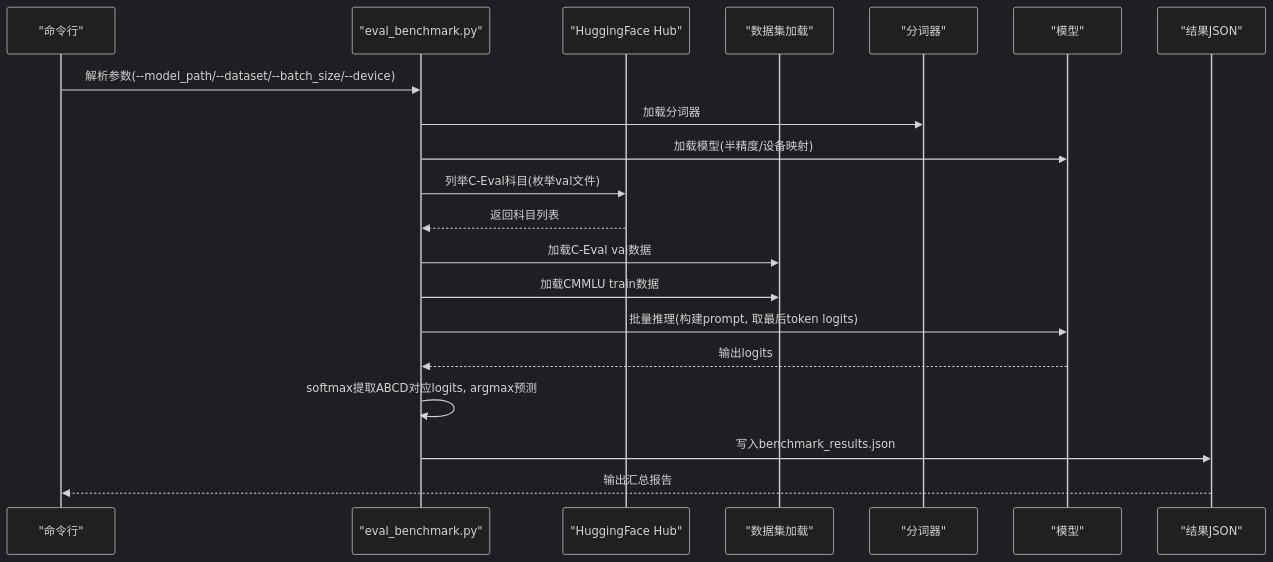
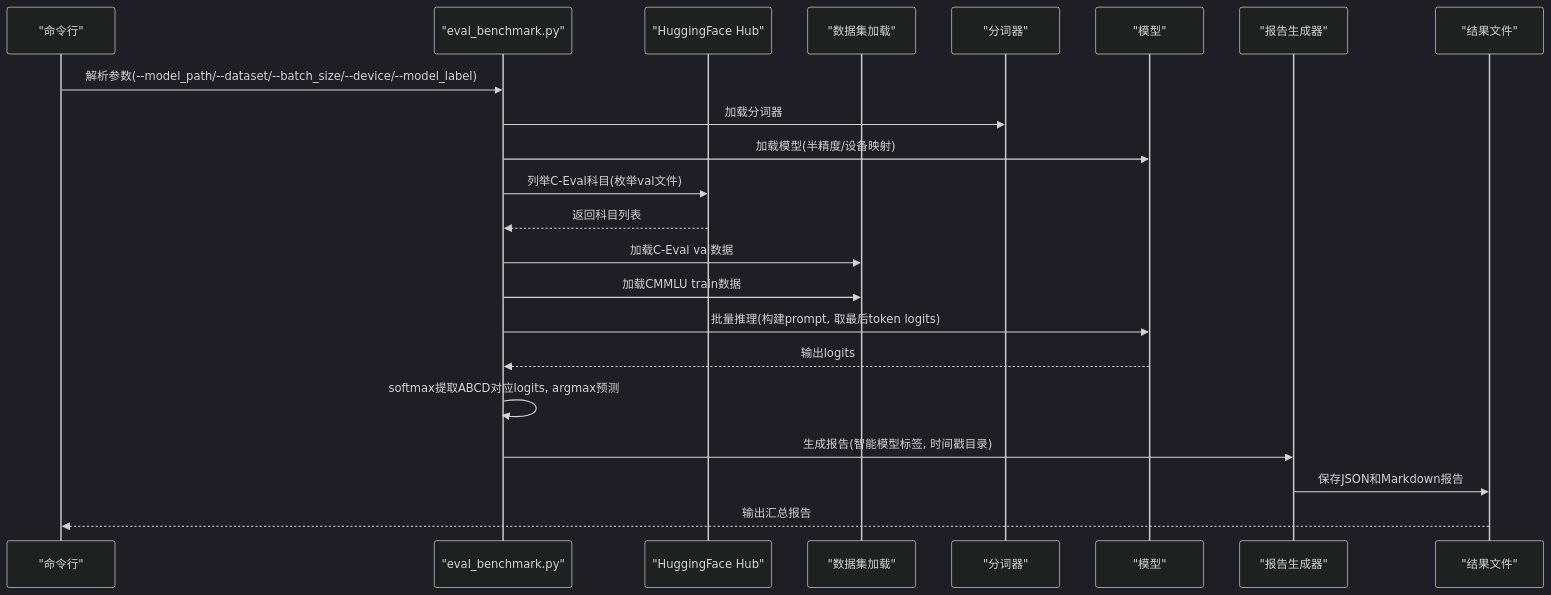
The second of 9 diagrams in .qoder/repowiki/zh/content/实验与评估/基准测试.md (shiyukonghui/minimind), drawn with Mermaid (dark theme) before and after one commit. The commit also changed other lines of this file and 5 other files, not shown here.

````diff
--- a/.qoder/repowiki/zh/content/实验与评估/基准测试.md
+++ b/.qoder/repowiki/zh/content/实验与评估/基准测试.md
@@ -86,22 +98,24 @@
 ```mermaid
 sequenceDiagram
 participant CLI as "命令行"
 participant Eval as "eval_benchmark.py"
 participant HF as "HuggingFace Hub"
 participant DS as "数据集加载"
 participant Tok as "分词器"
 participant LM as "模型"
-participant Out as "结果JSON"
-CLI->>Eval : 解析参数(--model_path/--dataset/--batch_size/--device)
+participant Rep as "报告生成器"
+participant Out as "结果文件"
+CLI->>Eval : 解析参数(--model_path/--dataset/--batch_size/--device/--model_label)
 Eval->>Tok : 加载分词器
 Eval->>LM : 加载模型(半精度/设备映射)
 Eval->>HF : 列举C-Eval科目(枚举val文件)
 HF-->>Eval : 返回科目列表
 Eval->>DS : 加载C-Eval val数据
 Eval->>DS : 加载CMMLU train数据
 Eval->>LM : 批量推理(构建prompt, 取最后token logits)
 LM-->>Eval : 输出logits
 Eval->>Eval : softmax提取ABCD对应logits, argmax预测
-Eval->>Out : 写入benchmark_results.json
+Eval->>Rep : 生成报告(智能模型标签, 时间戳目录)
+Rep->>Out : 保存JSON和Markdown报告
 Out-->>CLI : 输出汇总报告
 ```
````
